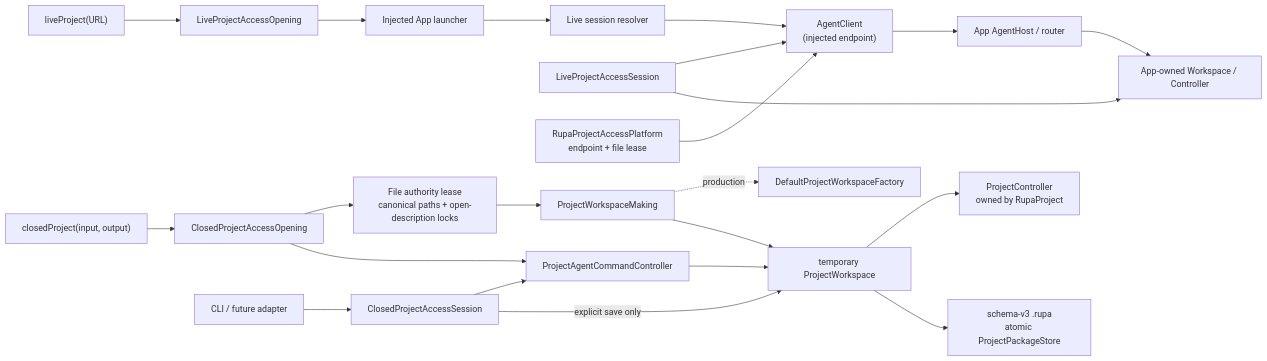
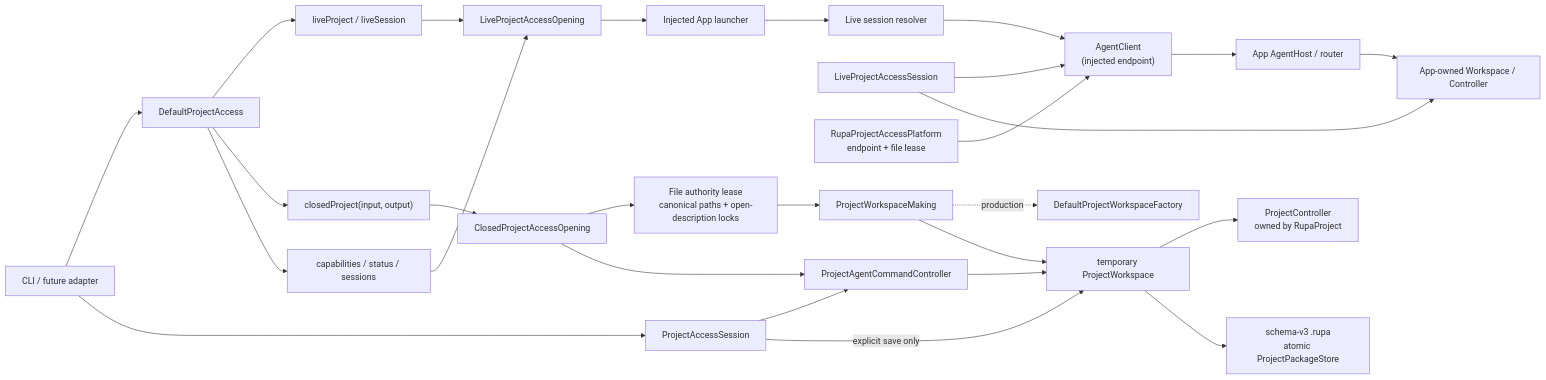
Before and after one commit to 1amageek/Rupa: the first of 3 diagrams in RupaKit/Sources/RupaProjectAccessComposition/DESIGN.md, drawn with Mermaid. The commit also changed other lines of this file and 114 other files, not shown here.

Commit message:
Route CLI through project access

````diff
--- a/RupaKit/Sources/RupaProjectAccessComposition/DESIGN.md
+++ b/RupaKit/Sources/RupaProjectAccessComposition/DESIGN.md
@@ -73,24 +79,29 @@
 ```mermaid
 flowchart LR
-    LiveTarget["liveProject(URL)"] --> LiveOpen["LiveProjectAccessOpening"]
+    Caller["CLI / future adapter"] --> Router["DefaultProjectAccess"]
+    Router --> LiveTarget["liveProject / liveSession"]
+    Router --> Target["closedProject(input, output)"]
+    Router --> Observation["capabilities / status / sessions"]
+    LiveTarget --> LiveOpen["LiveProjectAccessOpening"]
     LiveOpen --> Launcher["Injected App launcher"]
     Launcher --> Resolver["Live session resolver"]
     Resolver --> LiveClient["AgentClient\n(injected endpoint)"]
     LiveClient --> LiveHost["App AgentHost / router"]
     LiveHost --> LiveWorkspace["App-owned Workspace / Controller"]
     LiveSession["LiveProjectAccessSession"] --> LiveClient
     LiveSession --> LiveWorkspace
     Platform["RupaProjectAccessPlatform\nendpoint + file lease"] --> LiveClient
-    Target["closedProject(input, output)"] --> Open["ClosedProjectAccessOpening"]
+    Target --> Open["ClosedProjectAccessOpening"]
     Open --> Lease["File authority lease\ncanonical paths + open-description locks"]
     Lease --> Factory["ProjectWorkspaceMaking"]
     Factory -. production .-> DefaultFactory["DefaultProjectWorkspaceFactory"]
     Factory --> Workspace["temporary ProjectWorkspace"]
     Workspace --> Controller["ProjectController\nowned by RupaProject"]
     Open --> Handler["ProjectAgentCommandController"]
     Handler --> Workspace
-    Caller["CLI / future adapter"] --> Session["ClosedProjectAccessSession"]
+    Observation --> LiveOpen
+    Caller --> Session["ProjectAccessSession"]
     Session --> Handler
     Session -->|explicit save only| Workspace
     Workspace --> Package["schema-v3 .rupa\natomic ProjectPackageStore"]
 ```
````
